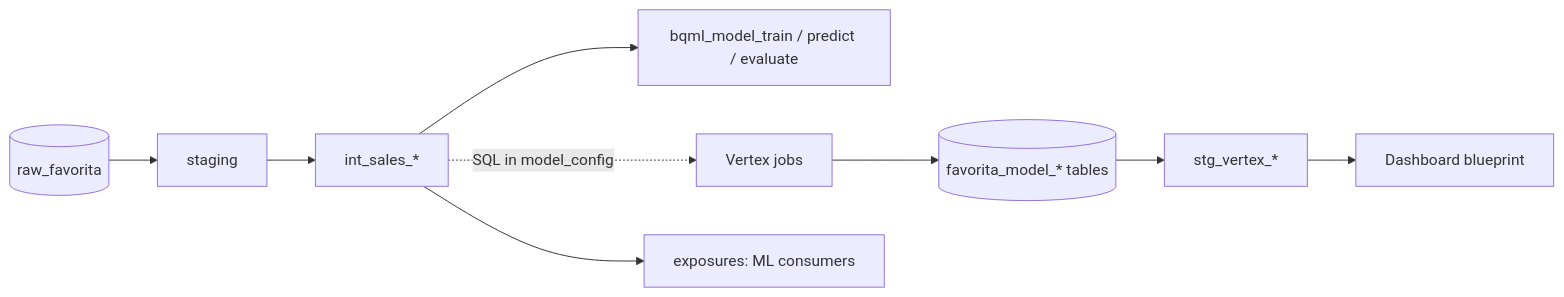
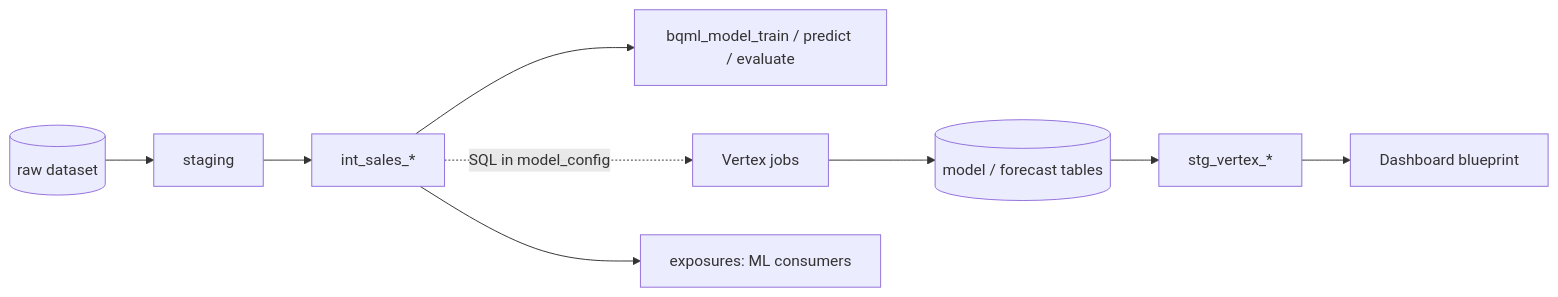
The second of 2 diagrams in docs/dbt/consulting_package.md (the-datastrategist/tds-dbt-favorita), drawn with Mermaid before and after one commit. The commit also changed other lines of this file and 133 other files, not shown here.

````diff
--- a/docs/dbt/consulting_package.md
+++ b/docs/dbt/consulting_package.md
@@ -52,11 +54,11 @@
 ```mermaid
 flowchart LR
-  Raw[(raw_favorita)] --> Stg[staging]
+  Raw[(raw dataset)] --> Stg[staging]
   Stg --> Int[int_sales_*]
   Int --> BQML[bqml_model_train / predict / evaluate]
   Int -.->|SQL in model_config| Vertex[Vertex jobs]
-  Vertex --> BQSrc[(favorita_model_* tables)]
+  Vertex --> BQSrc[(model / forecast tables)]
   BQSrc --> VStg[stg_vertex_*]
   VStg --> BI[Dashboard blueprint]
   Int --> Exp[exposures: ML consumers]
 ```
````
